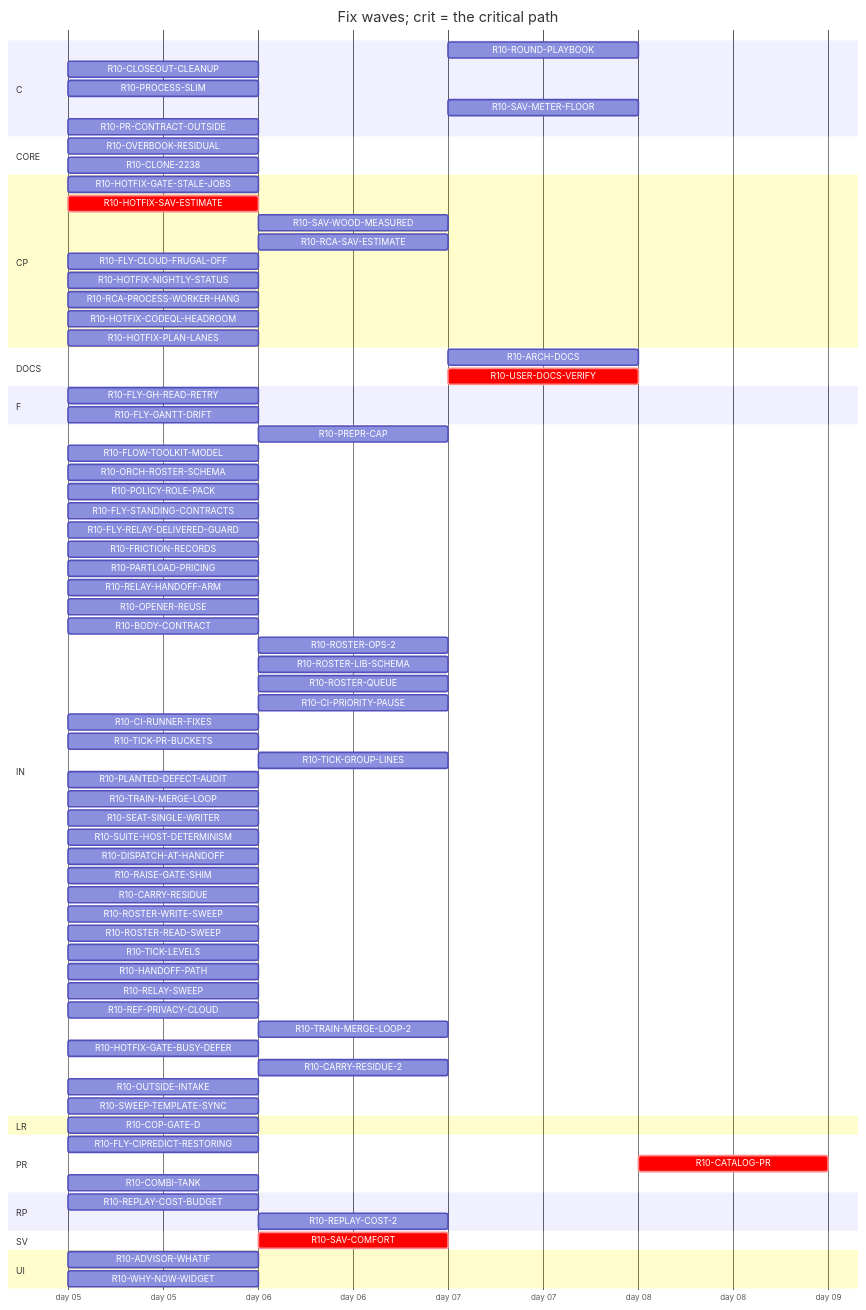
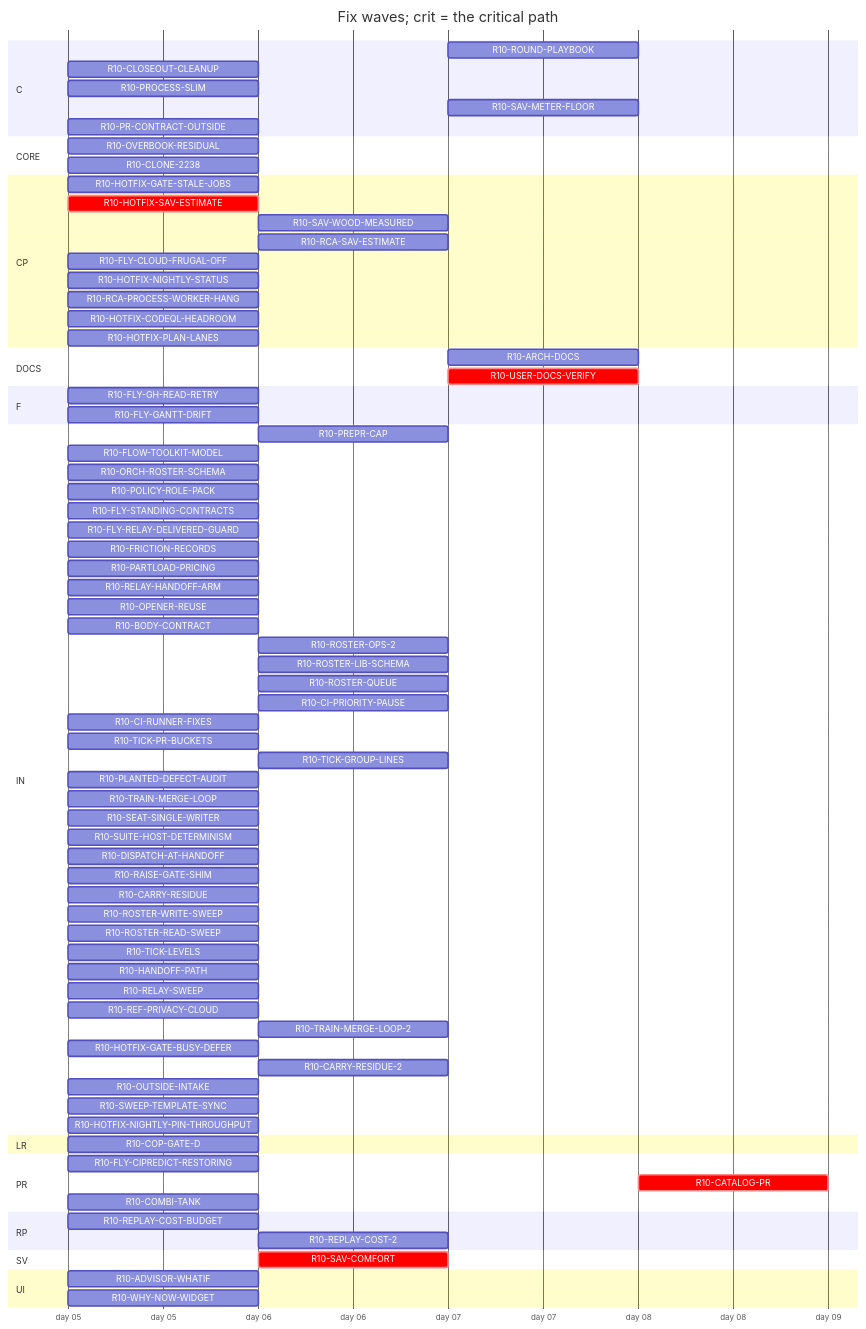
The diagram in handoff/round10/state/PLAN-TABLE.md (tvofi/heatpump_optimizer), drawn with Mermaid before and after one commit. The commit also changed other lines of this file and 3 other files, not shown here.

Commit message:
state: FLOW-BOARD.md, NEXT-SESSION-PROMPT.md, PLAN-TABLE.md, RESUME-CURRENT.md regenerated (state_docs.py)

```diff
--- a/handoff/round10/state/PLAN-TABLE.md
+++ b/handoff/round10/state/PLAN-TABLE.md
@@ -88,6 +88,7 @@
     R10-CARRY-RESIDUE-2 :r10CARRYRESIDUE2, after r10CARRYRESIDUE, 1d
     R10-OUTSIDE-INTAKE :r10OUTSIDEINTAKE, 2026-01-05, 1d
     R10-SWEEP-TEMPLATE-SYNC :r10SWEEPTEMPLATESYNC, 2026-01-05, 1d
+    R10-HOTFIX-NIGHTLY-PIN-THROUGHPUT :r10HOTFIXNIGHTLYPINTHROUGHPUT, 2026-01-05, 1d
   section LR
     R10-COP-GATE-D :r10COPGATED, 2026-01-05, 1d
   section PR
```
